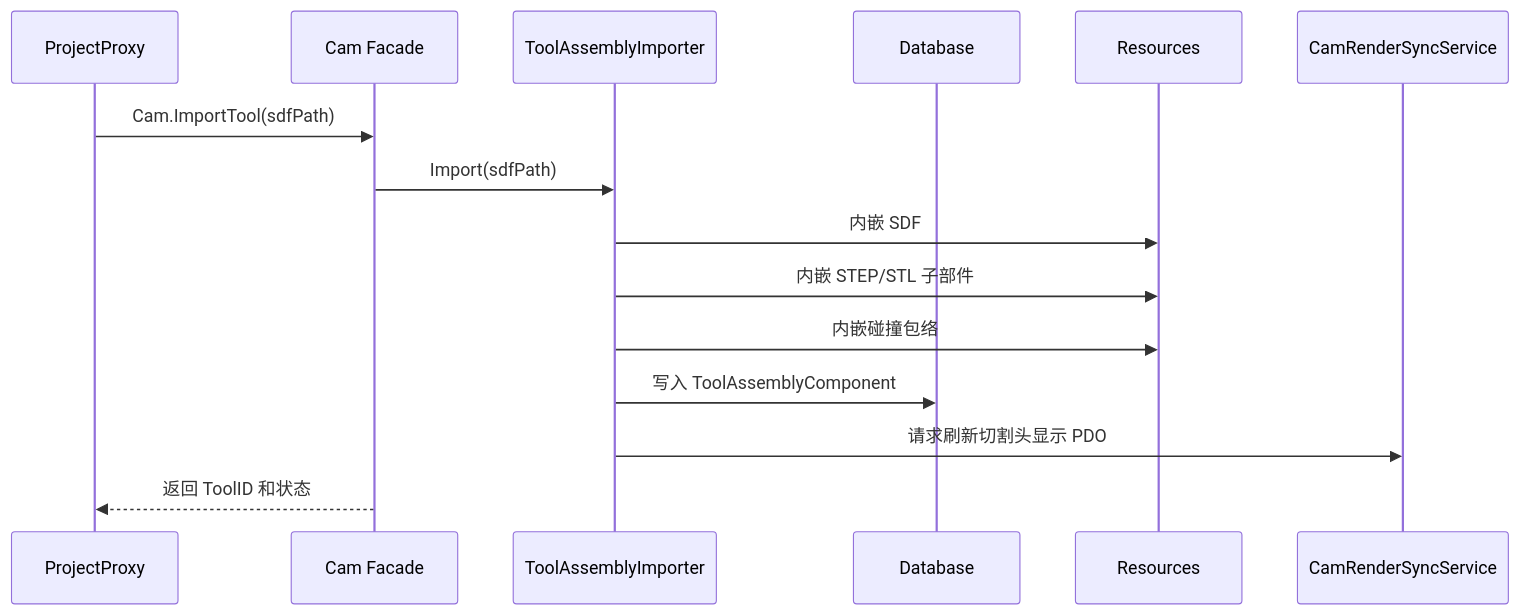
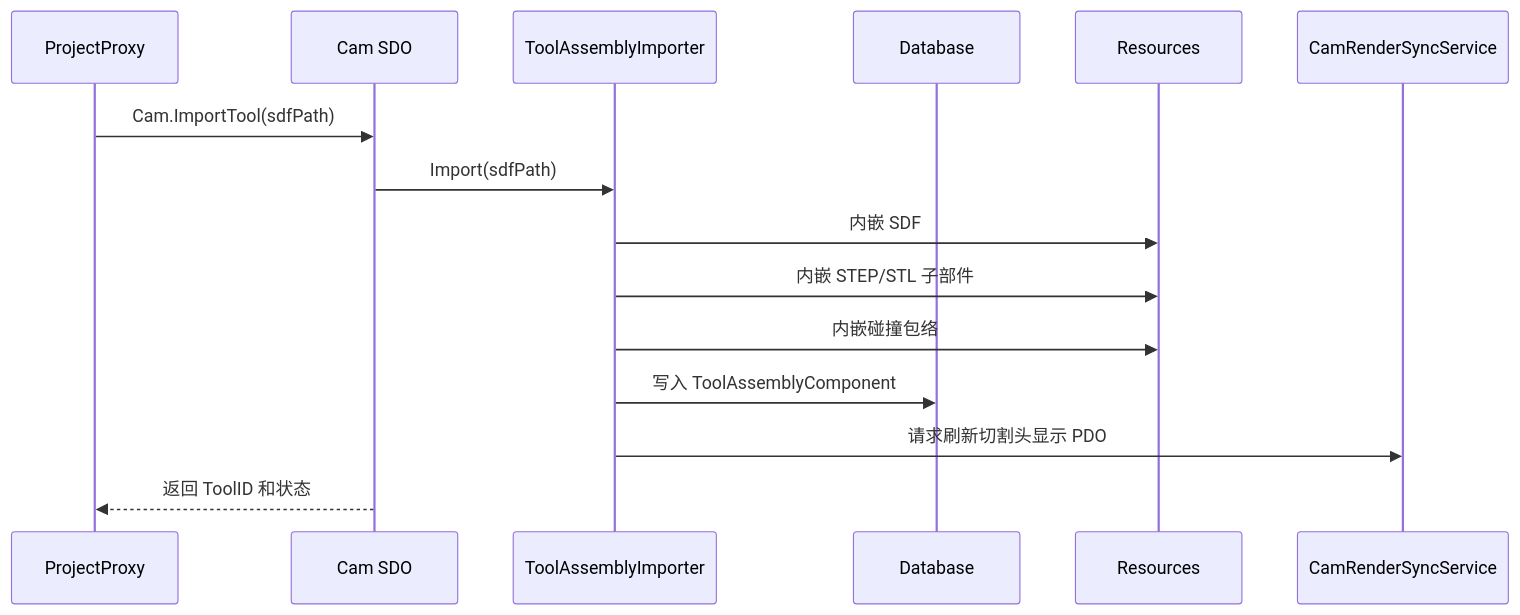
The second of 6 diagrams in doc/iCAX-Engine/Products/Laser3DCAM/三维线条切割CAM产品方案文档.md (penguinchiang0609-ui/iCAX), drawn with Mermaid before and after one commit. The commit also changed other lines of this file and 2290 other files, not shown here.

Commit message:
checkpoint: consolidate SDO and resource architecture

````diff
--- a/doc/iCAX-Engine/Products/Laser3DCAM/三维线条切割CAM产品方案文档.md
+++ b/doc/iCAX-Engine/Products/Laser3DCAM/三维线条切割CAM产品方案文档.md
@@ -823,18 +823,18 @@
 ```mermaid
 sequenceDiagram
     participant UI as ProjectProxy
-    participant Cmd as Cam Facade
+    participant Cmd as Cam SDO
     participant Tool as ToolAssemblyImporter
     participant Repo as Database
     participant Res as Resources
     participant Render as CamRenderSyncService
 
     UI->>Cmd: Cam.ImportTool(sdfPath)
     Cmd->>Tool: Import(sdfPath)
     Tool->>Res: 内嵌 SDF
     Tool->>Res: 内嵌 STEP/STL 子部件
     Tool->>Res: 内嵌碰撞包络
     Tool->>Repo: 写入 ToolAssemblyComponent
     Tool->>Render: 请求刷新切割头显示 PDO
     Cmd-->>UI: 返回 ToolID 和状态
 ```
````
